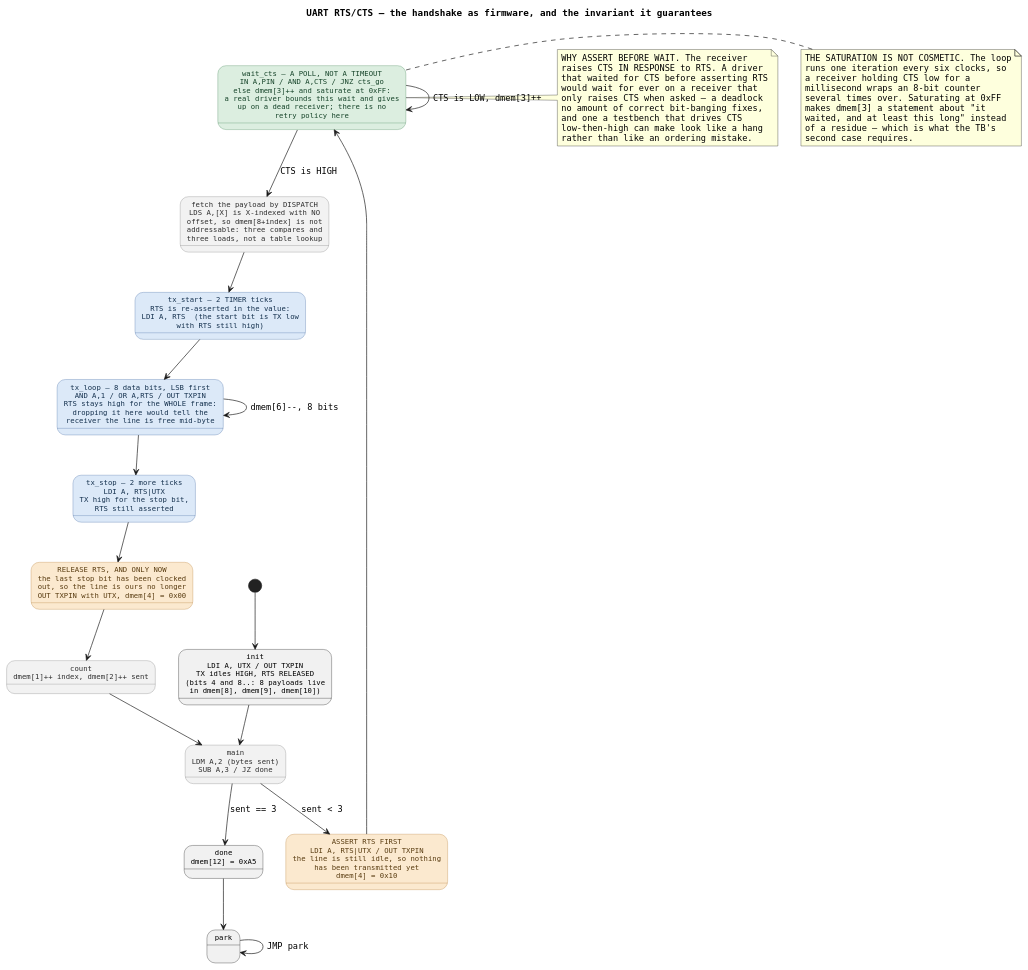
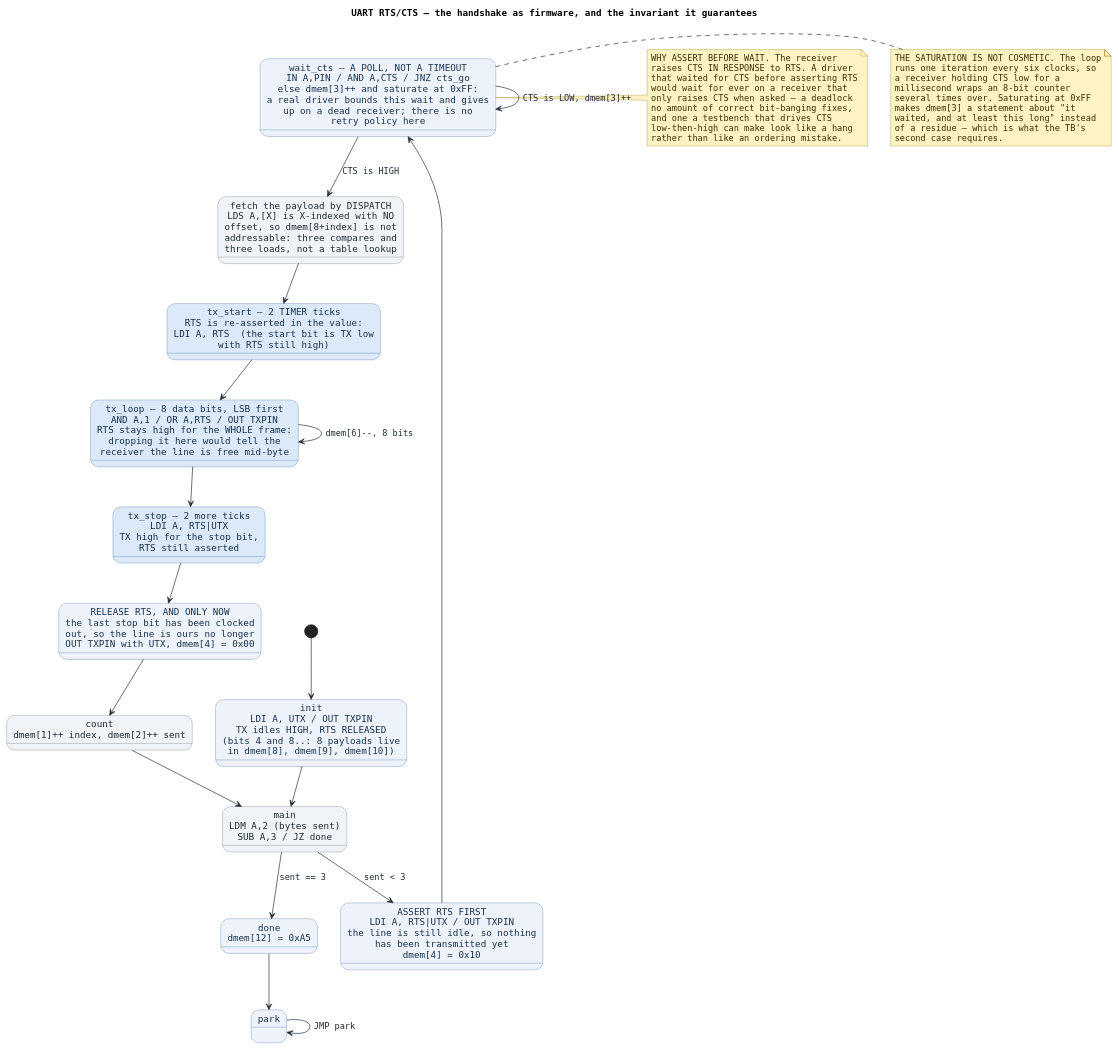
Before and after one commit to smprather/janestreet-blog-serial-protocol-emulator: the first of 5 diagrams in diagrams/proto-uart-flow.puml, drawn with PlantUML. The commit also changed 70 other files, not shown here.

First line of the commit message:
diagrams: white-on-white -- 20 malformed hex codes were rendering as invisible arrows

```diff
--- a/diagrams/proto-uart-flow.puml
+++ b/diagrams/proto-uart-flow.puml
@@ -1,78 +1,105 @@
 @startuml
+skinparam NoteBackgroundColor #FFF3C4
+skinparam NoteBorderColor #9A7B0A
+skinparam NoteFontColor #3A2E00
+skinparam sequence {
+  ArrowColor #335550
+  ArrowFontColor #1F2933
+  LifeLineBorderColor #8A94A6
+  LifeLineBackgroundColor #EDF1F7
+  ParticipantBorderColor #4A6FA5
+  ParticipantBackgroundColor #DCE9F8
+  ParticipantFontColor #16324F
+  GroupBorderColor #6B7686
+  GroupBackgroundColor #E3E9F2
+  SequenceBoxBackgroundColor #FFF3C4
+  SequenceBoxBorderColor #9A7B0A
+  SequenceGroupBorderColor #6B7686
+  SequenceGroupBackgroundColor #E3E9F2
+  SequenceLifeLineBackgroundColor #EDF1F7
+  SequenceLifeLineBorderColor #8A94A6
+  SequenceDividerColor #1F2933
+}
+skinparam state {
+  BackgroundColor #EEF3FB
+  BorderColor #4A6FA5
+  FontColor #16324F
+  ArrowColor #1F2933
+  ArrowFontColor #1F2933
+  BackgroundColor<<tx>>   #DCE9F8
+  BorderColor<<tx>>       #4A6FA5
+  FontColor<<tx>>         #16324F
+  BackgroundColor<<rx>>   #DCEEE0
+  BorderColor<<rx>>       #4A8A5C
+  FontColor<<rx>>         #17452A
+  BackgroundColor<<ack>>  #FFF3C4
+  BorderColor<<ack>>      #9A7B0A
+  FontColor<<ack>>        #3A2E00
+  BackgroundColor<<abort>> #F6D9D9
+  BorderColor<<abort>>    #B05050
+  FontColor<<abort>>      #6A2020
+  BackgroundColor<<box>>  #F0F3F7
+  BorderColor<<box>>      #6B7686
+  FontColor<<box>>        #1F2933
+}
 title UART RTS/CTS — the handshake as firmware, and the invariant it guarantees
 ' Sources: firmware/uart_flow.pe (the poll, the dispatch, the bit loop),
 '          tb/tb_pe_soc_uart_flow.v (the invariant monitor, the 8N1 receiver,
 '          the two cases), tools/fw/peasm.py (UTX/URX/RTS/CTS, TIMER)
 ' Pin map, the shared 8-bit port: bit 0 TX (out)  bit 3 RX (in)
 '                                 bit 4 RTS (out) bit 5 CTS (in)
 ' Program: payload 0x00 0xFF 0xA5, one RTS frame around each byte
 skinparam defaultFontName Monospaced
-skinparam state {
-  FontSize 11
-  BackgroundColor<<tx>>   #dce9f8
-  BorderColor<<tx>>       #4a6fa5
-  FontColor<<tx>>         #16324f
-  BackgroundColor<<hs>>   #fbe9cf
-  BorderColor<<hs>>       #b8813a
-  FontColor<<hs>>         #5a3d12
-  BackgroundColor<<wait>> #dceee0
-  BorderColor<<wait>>     #4a8a5c
-  FontColor<<wait>>       #17452a
-  BackgroundColor<<box>>  #f2f2f2
-  BorderColor<<box>>      #808080
-  FontColor<<box>>        #303030
-}
-
 [*] --> init
 state "init\nLDI A, UTX / OUT TXPIN\nTX idles HIGH, RTS RELEASED\n(bits 4 and 8..: 8 payloads live\nin dmem[8], dmem[9], dmem[10])" as init
 state "main\nLDM A,2 (bytes sent)\nSUB A,3 / JZ done" as main <<box>>
 state "ASSERT RTS FIRST\nLDI A, RTS|UTX / OUT TXPIN\nthe line is still idle, so nothing\nhas been transmitted yet\ndmem[4] = 0x10" as rts <<hs>>
 state "wait_cts — A POLL, NOT A TIMEOUT\nIN A,PIN / AND A,CTS / JNZ cts_go\nelse dmem[3]++ and saturate at 0xFF:\na real driver bounds this wait and gives\nup on a dead receiver; there is no\nretry policy here" as wait <<wait>>
 state "fetch the payload by DISPATCH\nLDS A,[X] is X-indexed with NO\noffset, so dmem[8+index] is not\naddressable: three compares and\nthree loads, not a table lookup" as fetch <<box>>
 state "tx_start — 2 TIMER ticks\nRTS is re-asserted in the value:\nLDI A, RTS  (the start bit is TX low\nwith RTS still high)" as txs <<tx>>
 state "tx_loop — 8 data bits, LSB first\nAND A,1 / OR A,RTS / OUT TXPIN\nRTS stays high for the WHOLE frame:\ndropping it here would tell the\nreceiver the line is free mid-byte" as txl <<tx>>
 state "tx_stop — 2 more ticks\nLDI A, RTS|UTX\nTX high for the stop bit,\nRTS still asserted" as txp <<tx>>
 state "RELEASE RTS, AND ONLY NOW\nthe last stop bit has been clocked\nout, so the line is ours no longer\nOUT TXPIN with UTX, dmem[4] = 0x00" as rel <<hs>>
 state "count\ndmem[1]++ index, dmem[2]++ sent" as cnt <<box>>
 state "done\ndmem[12] = 0xA5" as done
 state "park" as park
 
 init --> main
 main --> rts : sent < 3
 rts --> wait
 wait --> fetch : CTS is HIGH
 wait --> wait : CTS is LOW, dmem[3]++
 fetch --> txs
 txs --> txl
 txl --> txl : dmem[6]--, 8 bits
 txl --> txp
 txp --> rel
 rel --> cnt
 cnt --> main
 main --> done : sent == 3
 done --> park
 park --> park : JMP park
 
 note right of wait
   WHY ASSERT BEFORE WAIT. The receiver
   raises CTS IN RESPONSE to RTS. A driver
   that waited for CTS before asserting RTS
   would wait for ever on a receiver that
   only raises CTS when asked — a deadlock
   no amount of correct bit-banging fixes,
   and one a testbench that drives CTS
   low-then-high can make look like a hang
   rather than like an ordering mistake.
 end note
 note right of wait
   THE SATURATION IS NOT COSMETIC. The loop
   runs one iteration every six clocks, so
   a receiver holding CTS low for a
   millisecond wraps an 8-bit counter
   several times over. Saturating at 0xFF
   makes dmem[3] a statement about "it
   waited, and at least this long" instead
   of a residue — which is what the TB's
   second case requires.
 end note
 @enduml
```
